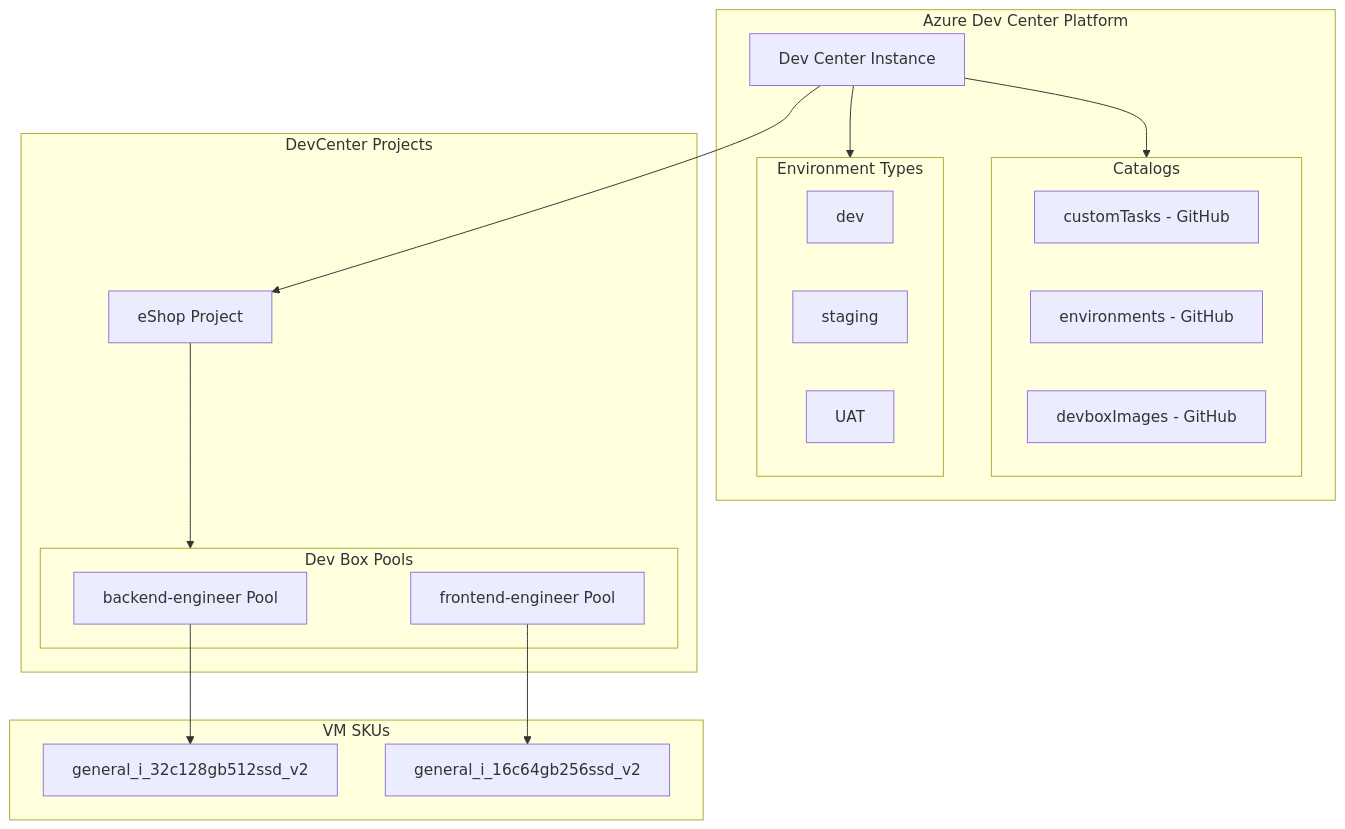
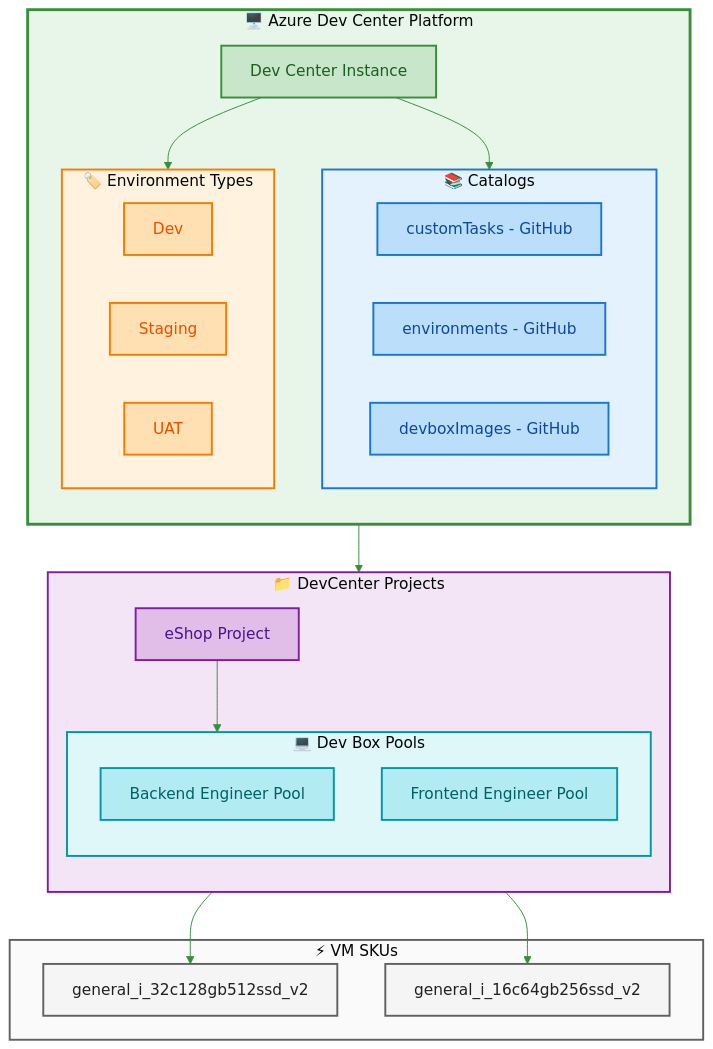
One commit to Evilazaro/DevExp-DevBox changed the third of 8 diagrams in docs/architecture/Technology.md. Above: the diagram before and after it, drawn with Mermaid. The commit also changed other lines of this file, not shown here.

Commit message:
docs: enhance Technology Architecture diagrams with improved styling and clarity

````diff
--- a/docs/architecture/Technology.md
+++ b/docs/architecture/Technology.md
@@ -187,36 +219,53 @@
 ```mermaid
+%%{init: {'theme': 'base', 'themeVariables': {'primaryColor': '#E8F5E9', 'lineColor': '#388E3C'}}}%%
 flowchart TB
-    subgraph DevCenter["Azure Dev Center Platform"]
-        dc_core["Dev Center Instance"]
-        subgraph Catalogs["Catalogs"]
-            custom_tasks["customTasks - GitHub"]
-            env_cat["environments - GitHub"]
-            img_cat["devboxImages - GitHub"]
+    classDef platform fill:#C8E6C9,stroke:#388E3C,stroke-width:2px,color:#1B5E20
+    classDef catalog fill:#BBDEFB,stroke:#1976D2,stroke-width:2px,color:#0D47A1
+    classDef envtype fill:#FFE0B2,stroke:#F57C00,stroke-width:2px,color:#E65100
+    classDef project fill:#E1BEE7,stroke:#7B1FA2,stroke-width:2px,color:#4A148C
+    classDef pool fill:#B2EBF2,stroke:#0097A7,stroke-width:2px,color:#006064
+    classDef sku fill:#F5F5F5,stroke:#616161,stroke-width:2px,color:#212121
+
+    subgraph DevCenter["🖥️ Azure Dev Center Platform"]
+        direction TB
+        dc_core["Dev Center Instance"]:::platform
+        subgraph Catalogs["📚 Catalogs"]
+            custom_tasks["customTasks - GitHub"]:::catalog
+            env_cat["environments - GitHub"]:::catalog
+            img_cat["devboxImages - GitHub"]:::catalog
         end
-        subgraph EnvTypes["Environment Types"]
-            dev_env["dev"]
-            staging_env["staging"]
-            uat_env["UAT"]
+        subgraph EnvTypes["🏷️ Environment Types"]
+            dev_env["Dev"]:::envtype
+            staging_env["Staging"]:::envtype
+            uat_env["UAT"]:::envtype
         end
     end
 
-    subgraph Projects["DevCenter Projects"]
-        eshop_proj["eShop Project"]
-        subgraph Pools["Dev Box Pools"]
-            backend_pool["backend-engineer Pool"]
-            frontend_pool["frontend-engineer Pool"]
+    subgraph Projects["📁 DevCenter Projects"]
+        direction TB
+        eshop_proj["eShop Project"]:::project
+        subgraph Pools["💻 Dev Box Pools"]
+            backend_pool["Backend Engineer Pool"]:::pool
+            frontend_pool["Frontend Engineer Pool"]:::pool
         end
     end
 
-    subgraph VMSKUs["VM SKUs"]
-        backend_sku["general_i_32c128gb512ssd_v2"]
-        frontend_sku["general_i_16c64gb256ssd_v2"]
+    subgraph VMSKUs["⚡ VM SKUs"]
+        backend_sku["general_i_32c128gb512ssd_v2"]:::sku
+        frontend_sku["general_i_16c64gb256ssd_v2"]:::sku
     end
+
+    style DevCenter fill:#E8F5E9,stroke:#388E3C,stroke-width:3px
+    style Catalogs fill:#E3F2FD,stroke:#1976D2,stroke-width:2px
+    style EnvTypes fill:#FFF3E0,stroke:#F57C00,stroke-width:2px
+    style Projects fill:#F3E5F5,stroke:#7B1FA2,stroke-width:2px
+    style Pools fill:#E0F7FA,stroke:#0097A7,stroke-width:2px
+    style VMSKUs fill:#FAFAFA,stroke:#616161,stroke-width:2px
 
     dc_core --> Catalogs
     dc_core --> EnvTypes
     dc_core --> eshop_proj
     eshop_proj --> Pools
     backend_pool --> backend_sku
     frontend_pool --> frontend_sku
 ```
````
